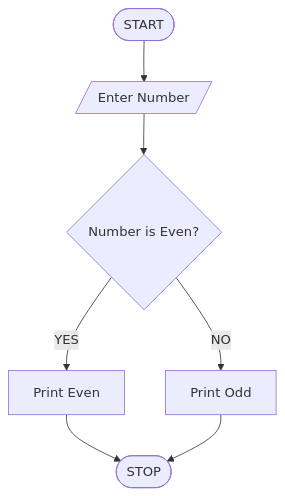
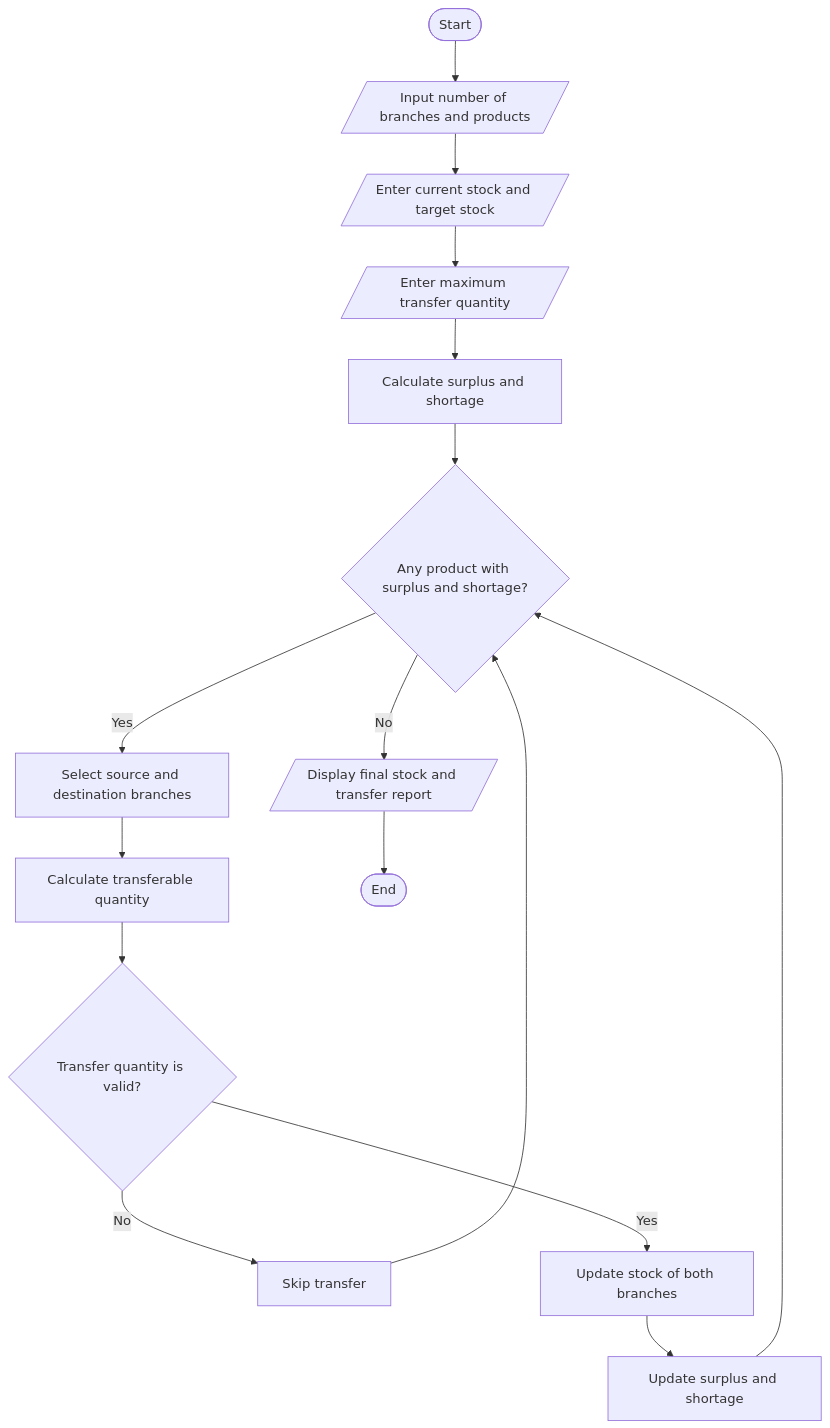
Before and after one commit to gullapalliyaminipriya-crypto/injamharshini: the diagram in task3/code.md, drawn with Mermaid.

Commit message:
Update flowchart in code.md for stock management

````diff
--- a/task3/code.md
+++ b/task3/code.md
@@ -33,9 +33,18 @@
 ```mermaid
 flowchart TD
-    A([START]) --> B[/Enter Number/]
-    B --> C{Number is Even?}
-    C -->|YES| D[Print Even]
-    C -->|NO| E[Print Odd]
-    D --> F([STOP])
-    E --> F
+    A([Start]) --> B[/Input number of branches and products/]
+    B --> C[/Enter current stock and target stock/]
+    C --> D[/Enter maximum transfer quantity/]
+    D --> E[Calculate surplus and shortage]
+    E --> F{Any product with surplus and shortage?}
+    F -- No --> K[/Display final stock and transfer report/]
+    F -- Yes --> G[Select source and destination branches]
+    G --> H[Calculate transferable quantity]
+    H --> I{Transfer quantity is valid?}
+    I -- No --> J[Skip transfer]
+    I -- Yes --> L[Update stock of both branches]
+    L --> M[Update surplus and shortage]
+    M --> F
+    J --> F
+    K --> N([End])
 ```
````
